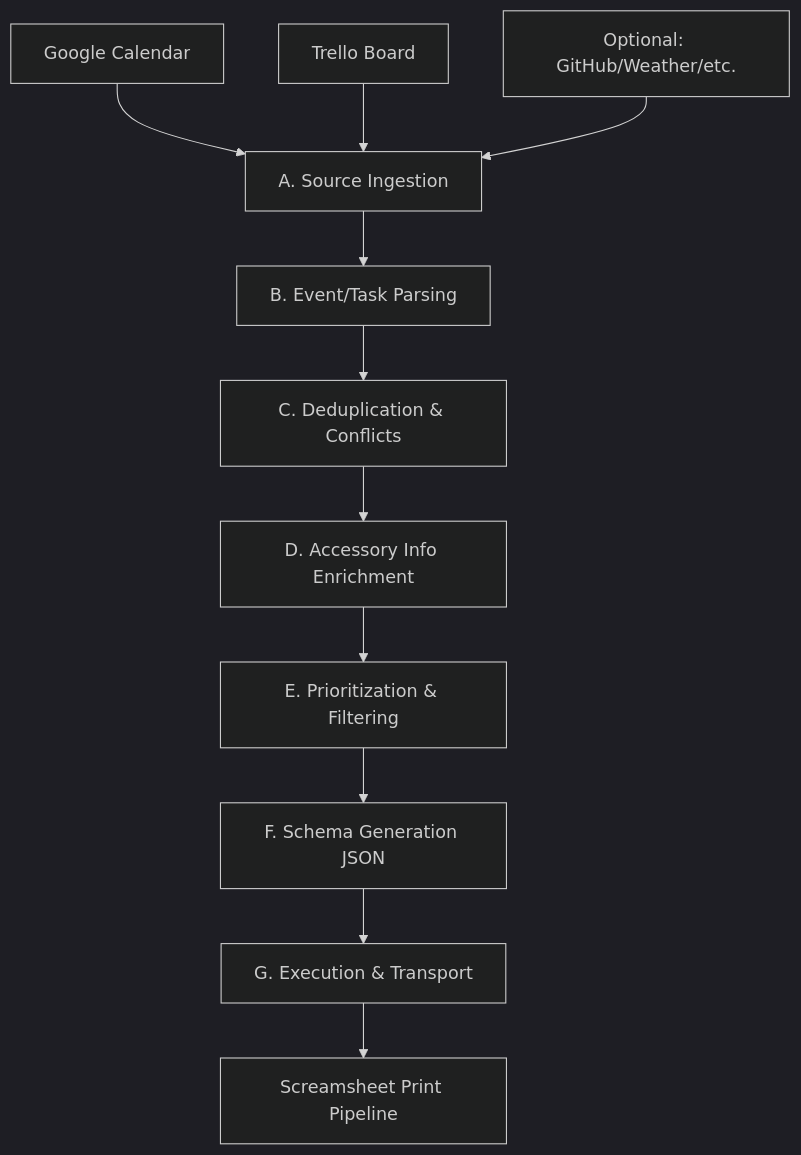
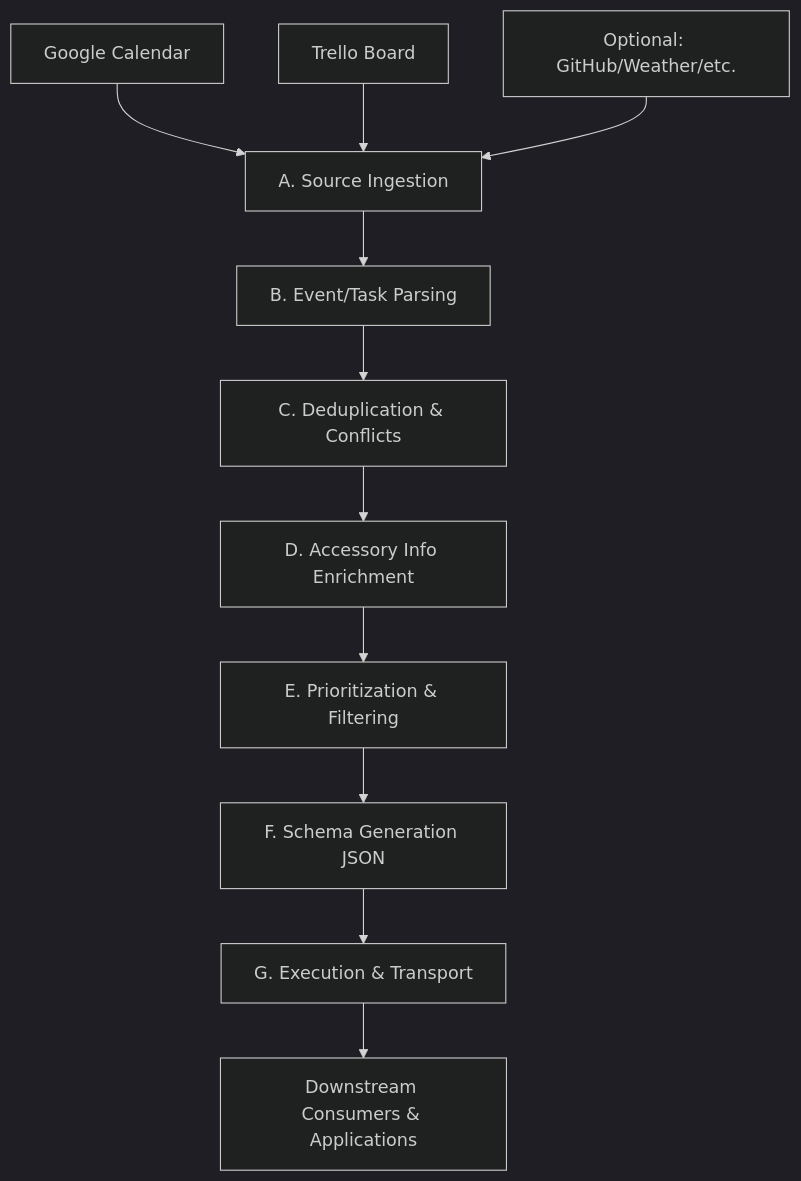
Before and after one commit to peterjmartinson/random-task: the diagram in docs/spec.md, drawn with Mermaid (dark theme). The commit also changed other lines of this file and 9 other files, not shown here.

````diff
--- a/docs/spec.md
+++ b/docs/spec.md
@@ -8,15 +8,15 @@
 ```mermaid
 graph TD
     A[Google Calendar] --> Ingest[A. Source Ingestion]
     B[Trello Board] --> Ingest
     C[Optional: GitHub/Weather/etc.] --> Ingest
     
     Ingest --> Parse[B. Event/Task Parsing]
     Parse --> Dedupe[C. Deduplication & Conflicts]
     Dedupe --> Enrich[D. Accessory Info Enrichment]
     Enrich --> Prioritize[E. Prioritization & Filtering]
     Prioritize --> Schema[F. Schema Generation JSON]
     Schema --> Run[G. Execution & Transport]
     
-    Run --> Screamsheet[Screamsheet Print Pipeline]
+    Run --> Downstream[Downstream Consumers & Applications]
 ```
````
